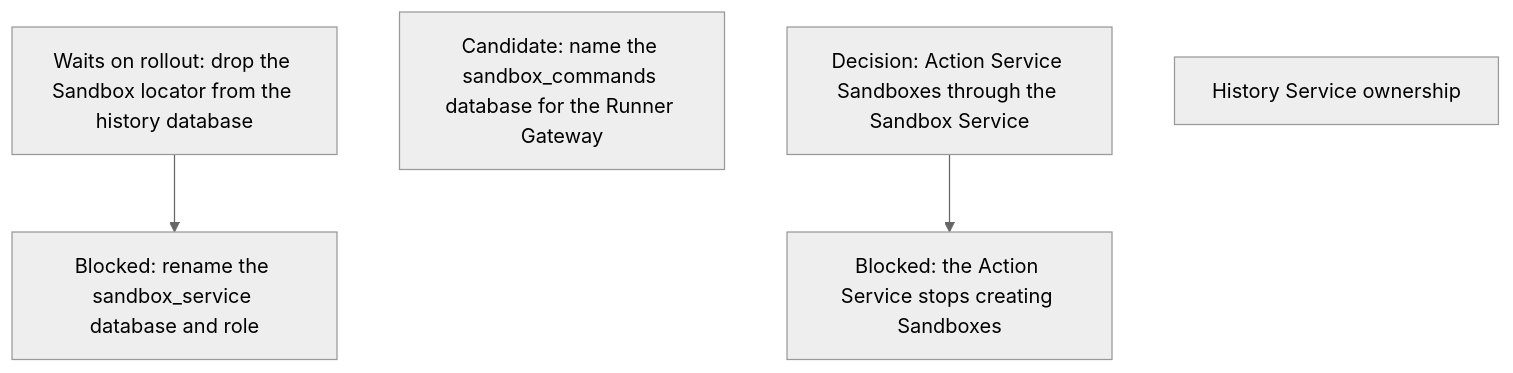
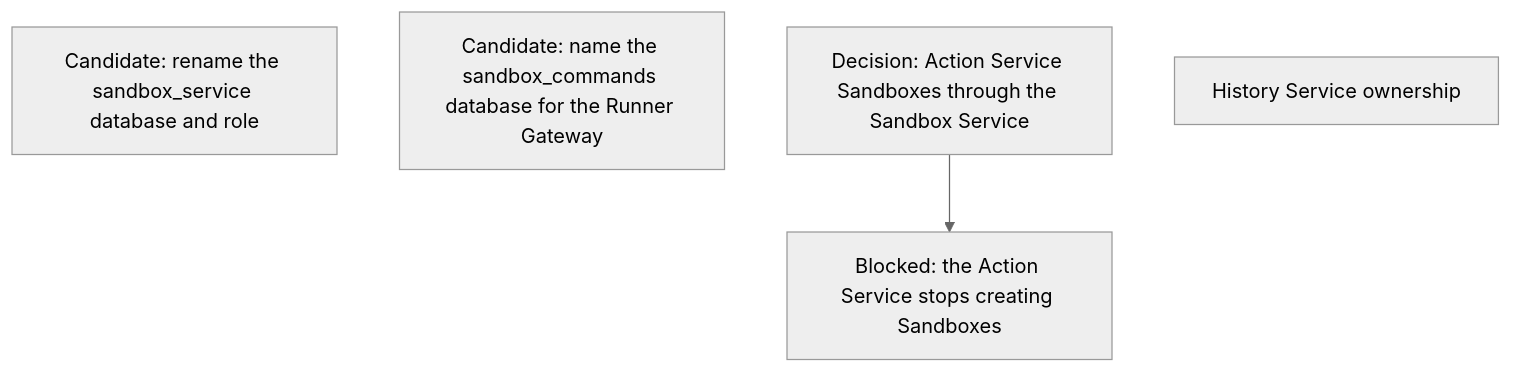
Before and after one commit to agentydragon-agent/ducktape: the tenth of 13 diagrams in agentplane/plans/task_dag.md, drawn with Mermaid (neutral theme). The commit also changed other lines of this file and 5 other files, not shown here.

First line of the commit message:
agentplane/history_service: drop the Sandbox locator columns (data drop) (#10106)

````diff
--- a/agentplane/plans/task_dag.md
+++ b/agentplane/plans/task_dag.md
@@ -651,11 +651,9 @@
 ```mermaid
 flowchart TD
-    HISTORY_SANDBOX_LOCATOR_DROP[Waits on rollout: drop the Sandbox locator from the history database]
-    HISTORY_DATABASE_RENAME[Blocked: rename the sandbox_service database and role]
+    HISTORY_DATABASE_RENAME[Candidate: rename the sandbox_service database and role]
     SANDBOX_DATABASE_RENAME[Candidate: name the sandbox_commands database for the Runner Gateway]
     ACTION_SANDBOX_DESIGN[Decision: Action Service Sandboxes through the Sandbox Service]
     ACTION_SANDBOX_PROVISIONING[Blocked: the Action Service stops creating Sandboxes]
     ACTION_SANDBOX_DESIGN --> ACTION_SANDBOX_PROVISIONING
     HISTORY_SERVICE_OWNERSHIP[History Service ownership]
-    HISTORY_SANDBOX_LOCATOR_DROP --> HISTORY_DATABASE_RENAME
 ```
````
